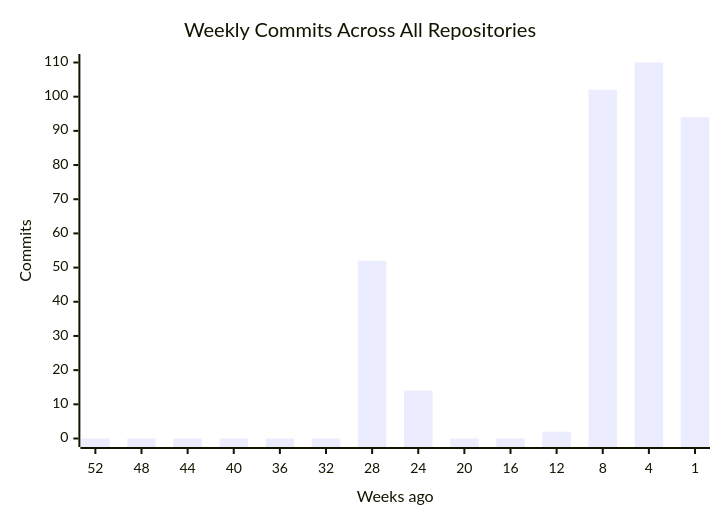
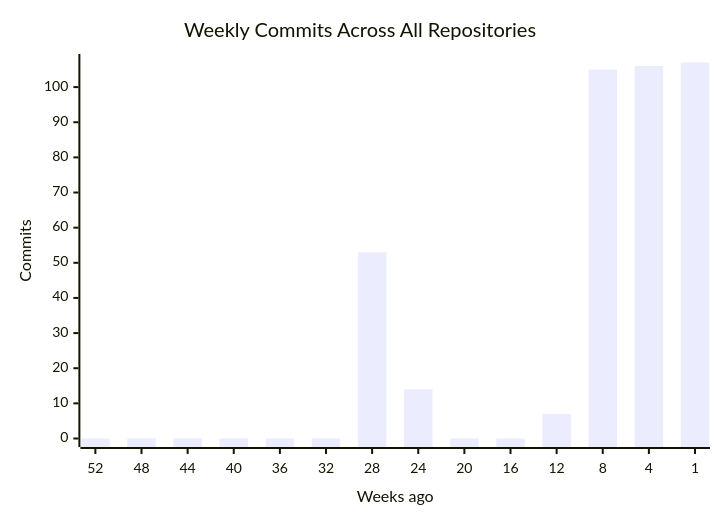
The first of 4 diagrams in profile/README.md (CSTH-Projects/.github), drawn with Mermaid before and after one commit. The commit also changed other lines of this file, not shown here.

````diff
--- a/profile/README.md
+++ b/profile/README.md
@@ -16,7 +16,7 @@
 ```mermaid
 xychart-beta
     title "Weekly Commits Across All Repositories"
     x-axis "Weeks ago" [52, 48, 44, 40, 36, 32, 28, 24, 20, 16, 12, 8, 4, 1]
     y-axis "Commits"
-    bar [0, 0, 0, 0, 0, 0, 52, 14, 0, 0, 2, 102, 110, 94]
+    bar [0, 0, 0, 0, 0, 0, 53, 14, 0, 0, 7, 105, 106, 107]
 ```
````
